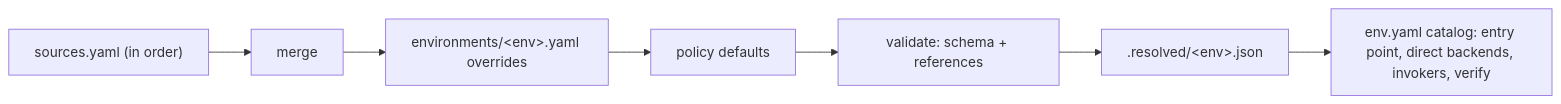
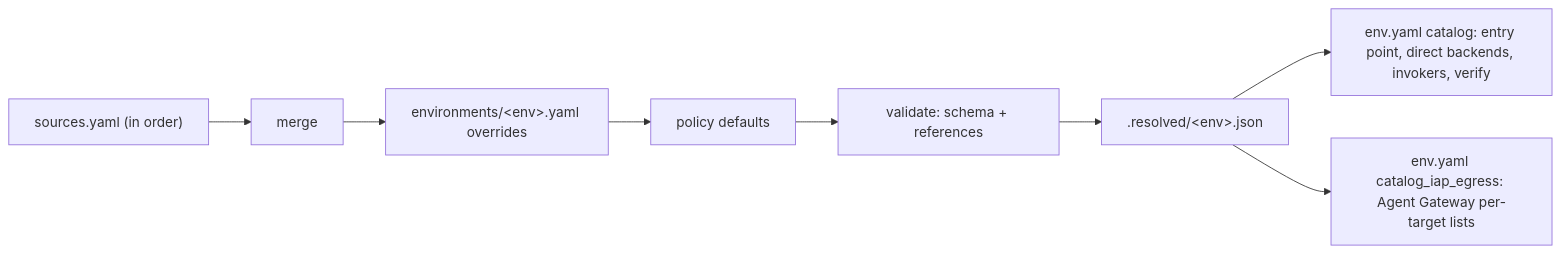
Before and after one commit to google/esmeralda: the diagram in docs/src/3-agentops-and-lifecycle/06-service-catalog.md, drawn with Mermaid. The commit also changed other lines of this file and 22 other files, not shown here.

First line of the commit message:
feat(catalog): compile agent gateway per-target callers from the catalog (#131)

````diff
--- a/docs/src/3-agentops-and-lifecycle/06-service-catalog.md
+++ b/docs/src/3-agentops-and-lifecycle/06-service-catalog.md
@@ -100,9 +100,10 @@
 ```mermaid
 flowchart LR
   S["sources.yaml (in order)"] --> M["merge"]
   M --> O["environments/&lt;env&gt;.yaml overrides"]
   O --> D["policy defaults"]
   D --> V["validate: schema + references"]
   V --> R[".resolved/&lt;env&gt;.json"]
   R --> T["env.yaml catalog: entry point, direct backends, invokers, verify"]
+  R --> G["env.yaml catalog_iap_egress: Agent Gateway per-target lists"]
 ```
````
